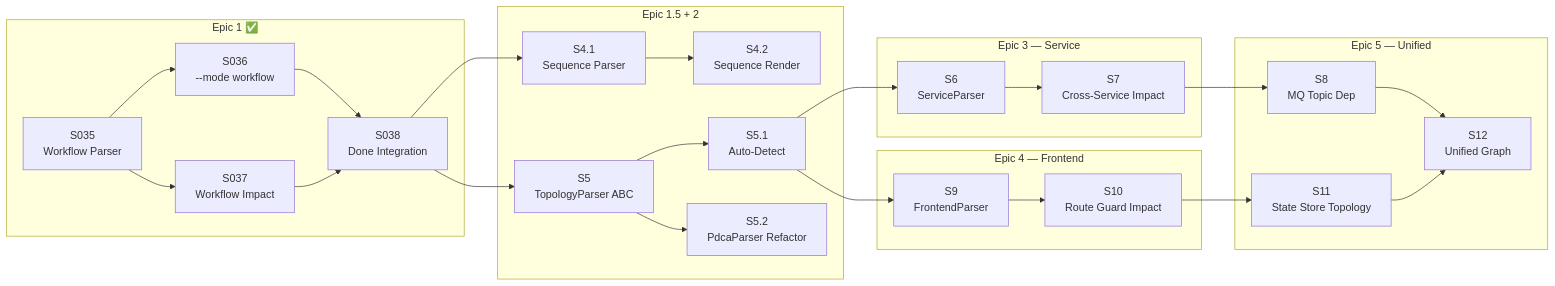
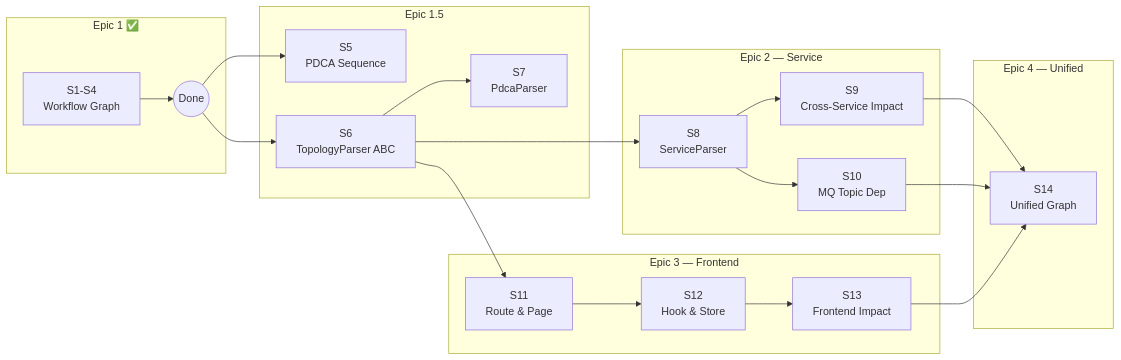
The second of 2 diagrams in docs/product/prd.md (pactkit/pactkit-src), drawn with Mermaid before and after one commit. The commit also changed other lines of this file and 4 other files, not shown here.

````diff
--- a/docs/product/prd.md
+++ b/docs/product/prd.md
@@ -383,34 +374,30 @@
 ```mermaid
 graph LR
     subgraph "Epic 1 ✅"
-        S035[S035<br>Workflow Parser] --> S036[S036<br>--mode workflow]
-        S035 --> S037[S037<br>Workflow Impact]
-        S036 --> S038[S038<br>Done Integration]
-        S037 --> S038
+        S1[S1-S4<br>Workflow Graph] --> S038((Done))
     end
 
-    subgraph "Epic 1.5 + 2"
-        S038 --> S4_1[S4.1<br>Sequence Parser]
-        S4_1 --> S4_2[S4.2<br>Sequence Render]
-        S038 --> S5[S5<br>TopologyParser ABC]
-        S5 --> S5_1[S5.1<br>Auto-Detect]
-        S5 --> S5_2[S5.2<br>PdcaParser Refactor]
+    subgraph "Epic 1.5"
+        S038 --> S5[S5<br>PDCA Sequence]
+        S038 --> S6[S6<br>TopologyParser ABC]
+        S6 --> S7[S7<br>PdcaParser]
     end
 
-    subgraph "Epic 3 — Service"
-        S5_1 --> S6[S6<br>ServiceParser]
-        S6 --> S7[S7<br>Cross-Service Impact]
+    subgraph "Epic 2 — Service"
+        S6 --> S8[S8<br>ServiceParser]
+        S8 --> S9[S9<br>Cross-Service Impact]
+        S8 --> S10[S10<br>MQ Topic Dep]
     end
 
-    subgraph "Epic 4 — Frontend"
-        S5_1 --> S9[S9<br>FrontendParser]
-        S9 --> S10[S10<br>Route Guard Impact]
+    subgraph "Epic 3 — Frontend"
+        S6 --> S11[S11<br>Route & Page]
+        S11 --> S12[S12<br>Hook & Store]
+        S12 --> S13[S13<br>Frontend Impact]
     end
 
-    subgraph "Epic 5 — Unified"
-        S7 --> S8[S8<br>MQ Topic Dep]
-        S10 --> S11[S11<br>State Store Topology]
-        S8 --> S12[S12<br>Unified Graph]
-        S11 --> S12
+    subgraph "Epic 4 — Unified"
+        S9 --> S14[S14<br>Unified Graph]
+        S10 --> S14
+        S13 --> S14
     end
 ```
````
